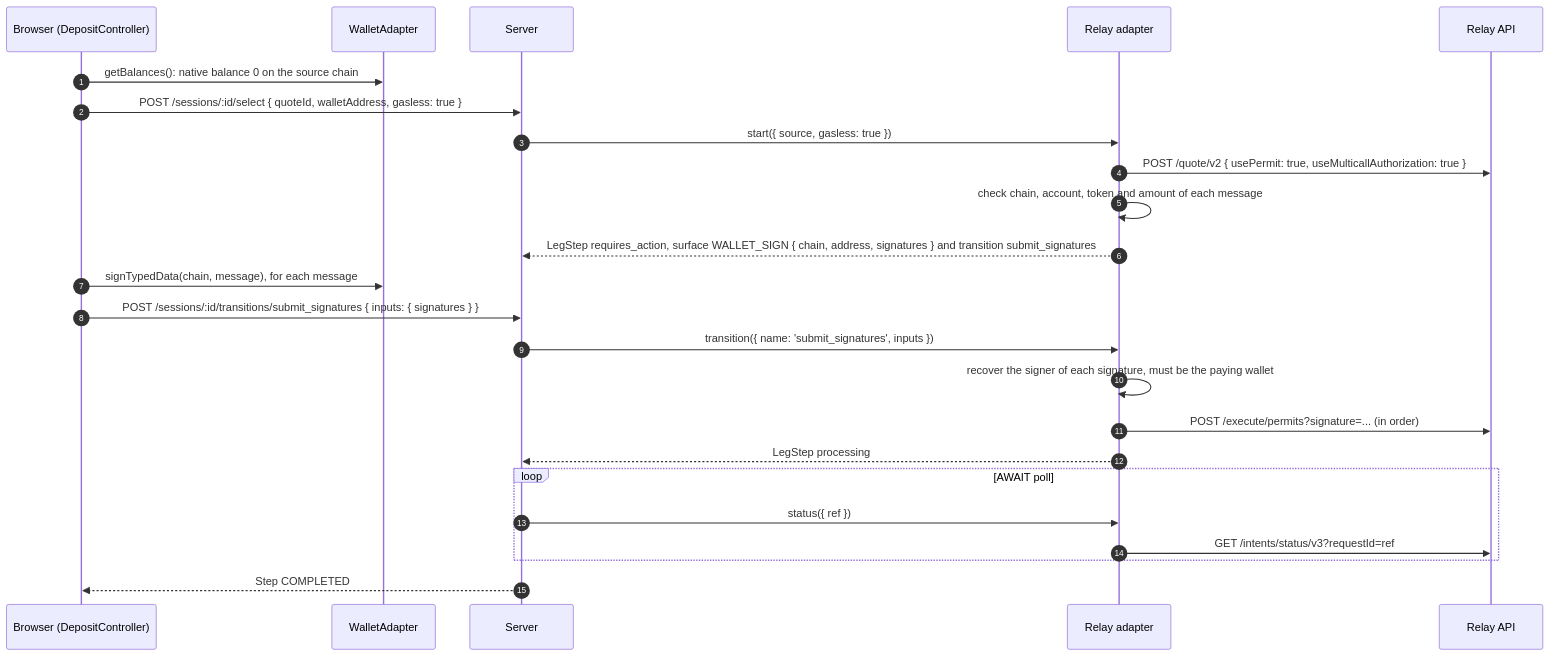
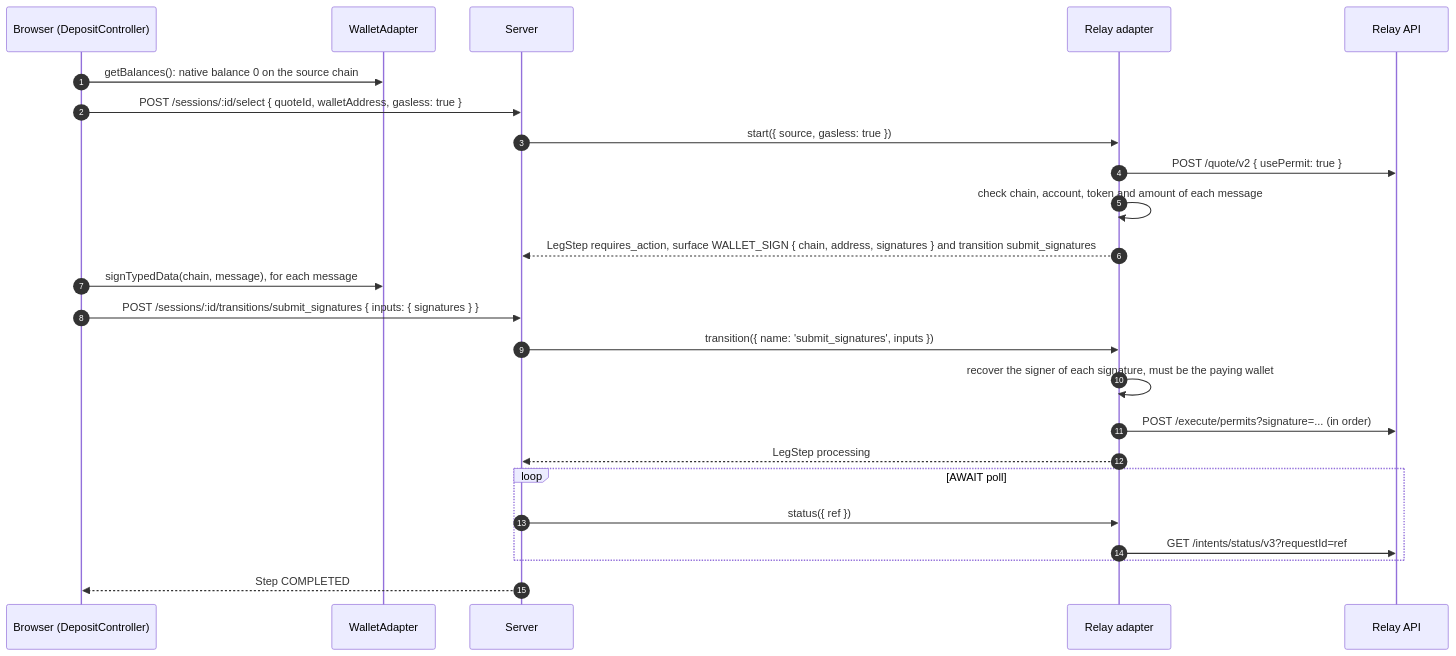
Before and after one commit to yosriady/openrampkit: the eighth of 16 diagrams in docs/concepts/flows.md, drawn with Mermaid. The commit also changed 4 other files, not shown here.

````diff
--- a/docs/concepts/flows.md
+++ b/docs/concepts/flows.md
@@ -349,26 +349,26 @@
 ```mermaid
 sequenceDiagram
   autonumber
   participant B as Browser (DepositController)
   participant W as WalletAdapter
   participant S as Server
   participant R as Relay adapter
   participant RA as Relay API
   B->>W: getBalances(): native balance 0 on the source chain
   B->>S: POST /sessions/:id/select { quoteId, walletAddress, gasless: true }
   S->>R: start({ source, gasless: true })
-  R->>RA: POST /quote/v2 { usePermit: true, useMulticallAuthorization: true }
+  R->>RA: POST /quote/v2 { usePermit: true }
   R->>R: check chain, account, token and amount of each message
   R-->>S: LegStep requires_action, surface WALLET_SIGN { chain, address, signatures } and transition submit_signatures
   B->>W: signTypedData(chain, message), for each message
   B->>S: POST /sessions/:id/transitions/submit_signatures { inputs: { signatures } }
   S->>R: transition({ name: 'submit_signatures', inputs })
   R->>R: recover the signer of each signature, must be the paying wallet
   R->>RA: POST /execute/permits?signature=... (in order)
   R-->>S: LegStep processing
   loop AWAIT poll
     S->>R: status({ ref })
     R->>RA: GET /intents/status/v3?requestId=ref
   end
   S-->>B: Step COMPLETED
 ```
````
